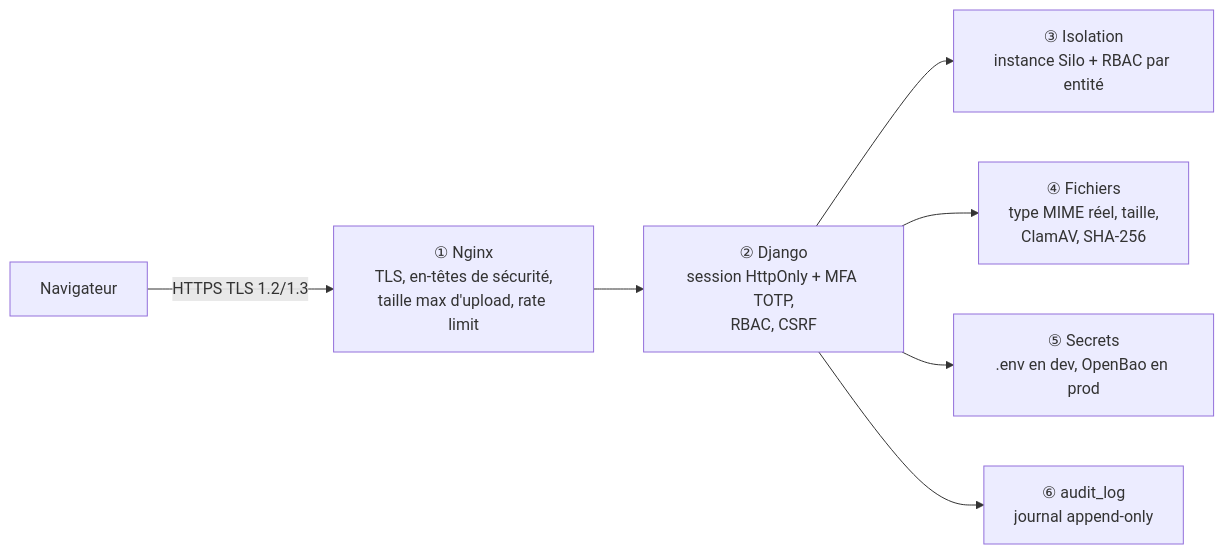
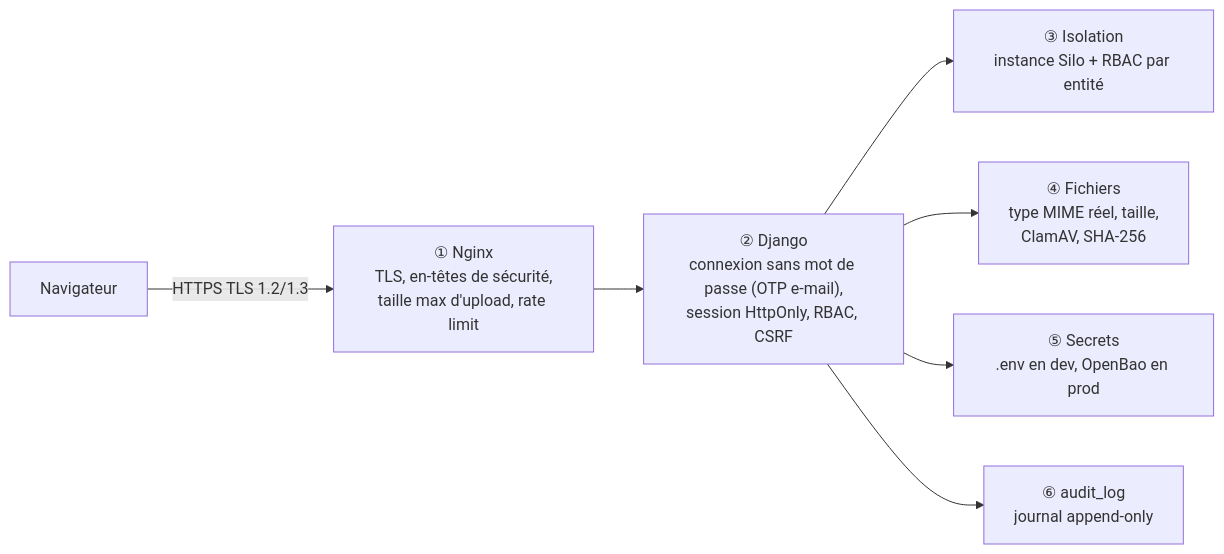
The sixth of 9 diagrams in memoire/choix_techniques_chapitre.md (arixstoo/PFE), drawn with Mermaid before and after one commit. The commit also changed other lines of this file and 15 other files, not shown here.

````diff
--- a/memoire/choix_techniques_chapitre.md
+++ b/memoire/choix_techniques_chapitre.md
@@ -273,9 +272,9 @@
 ```mermaid
 flowchart LR
     C[Navigateur] -->|HTTPS TLS 1.2/1.3| N["① Nginx<br/>TLS, en-têtes de sécurité,<br/>taille max d'upload, rate limit"]
-    N --> A["② Django<br/>session HttpOnly + MFA TOTP,<br/>RBAC, CSRF"]
+    N --> A["② Django<br/>connexion sans mot de passe (OTP e-mail),<br/>session HttpOnly, RBAC, CSRF"]
     A --> T["③ Isolation<br/>instance Silo + RBAC par entité"]
     A --> F["④ Fichiers<br/>type MIME réel, taille,<br/>ClamAV, SHA-256"]
     A --> S["⑤ Secrets<br/>.env en dev, OpenBao en prod"]
     A --> L["⑥ audit_log<br/>journal append-only"]
 ```
````
